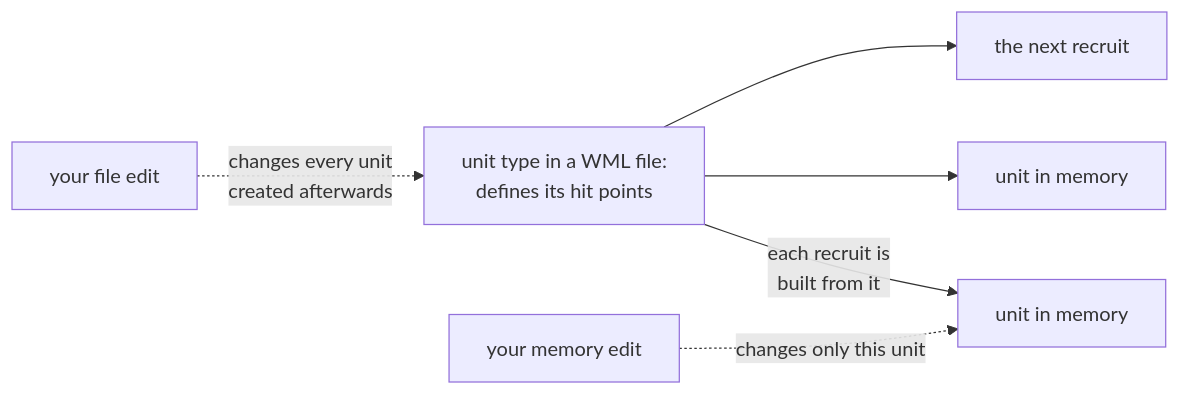
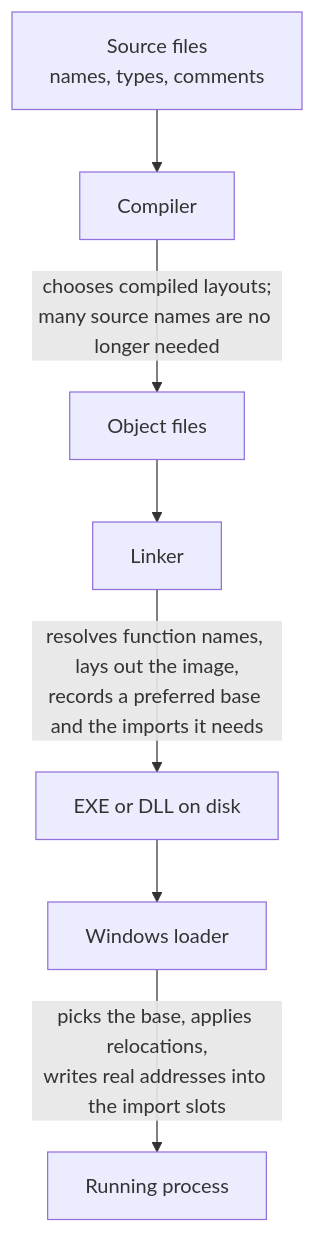
The third of 3 diagrams in site/src/content/docs/pages/1/10.mdx (MustCodeAl/rust-game-hacking-book), drawn with Mermaid before and after one commit. The commit also changed other lines of this file and 65 other files, not shown here.

````diff
--- a/site/src/content/docs/pages/1/10.mdx
+++ b/site/src/content/docs/pages/1/10.mdx
@@ -120,8 +109,9 @@
 ```mermaid
-flowchart LR
-    W["your file edit"] -.->|"changes every unit<br/>created afterwards"| D
-    D["unit type in a WML file:<br/>defines its hit points"] -->|"each recruit is<br/>built from it"| U1["unit in memory"]
-    D --> U2["unit in memory"]
-    D --> U3["the next recruit"]
-    M["your memory edit"] -.->|"changes only this unit"| U1
+flowchart TD
+    A["Source files<br/>names, types, comments"] --> B["Compiler"]
+    B -->|"chooses compiled layouts;<br/>many source names are no longer needed"| C["Object files"]
+    C --> D["Linker"]
+    D -->|"resolves function names, lays out the image,<br/>records a preferred base and the imports it needs"| E["EXE or DLL on disk"]
+    E --> F["Windows loader"]
+    F -->|"picks the base, applies relocations,<br/>writes real addresses into the import slots"| G["Running process"]
 ```
````
